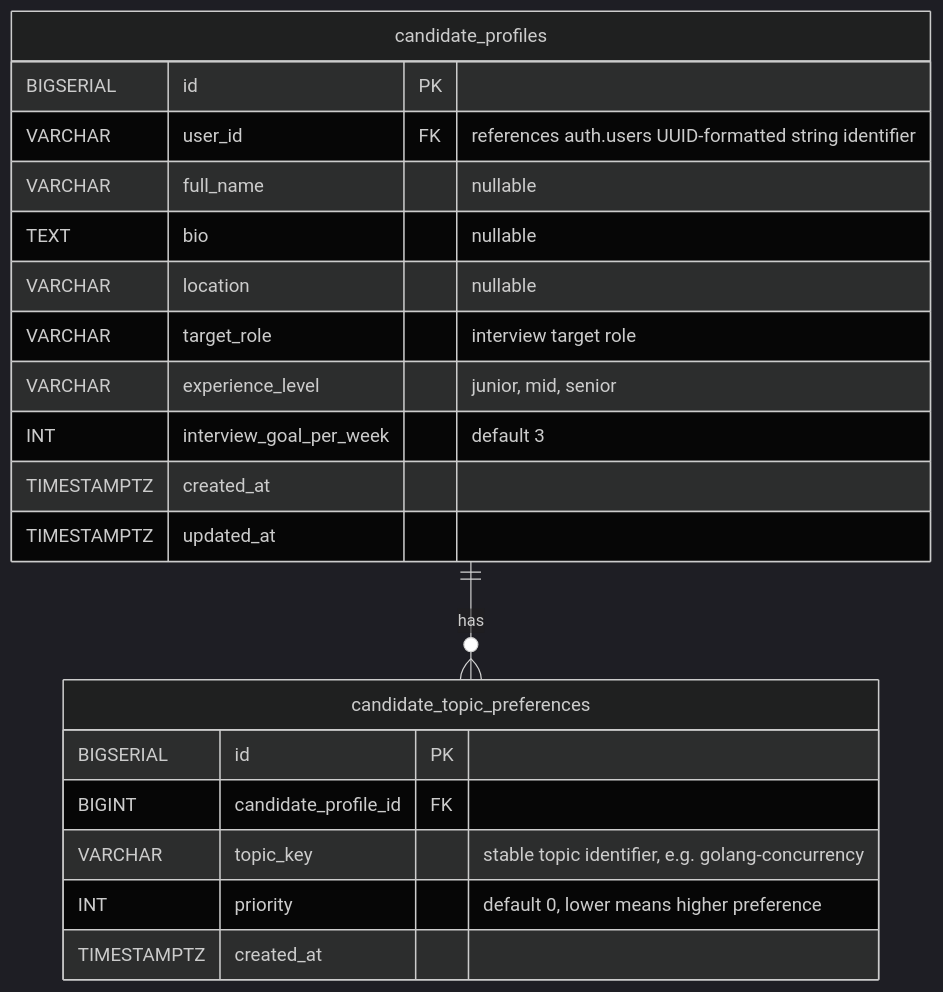
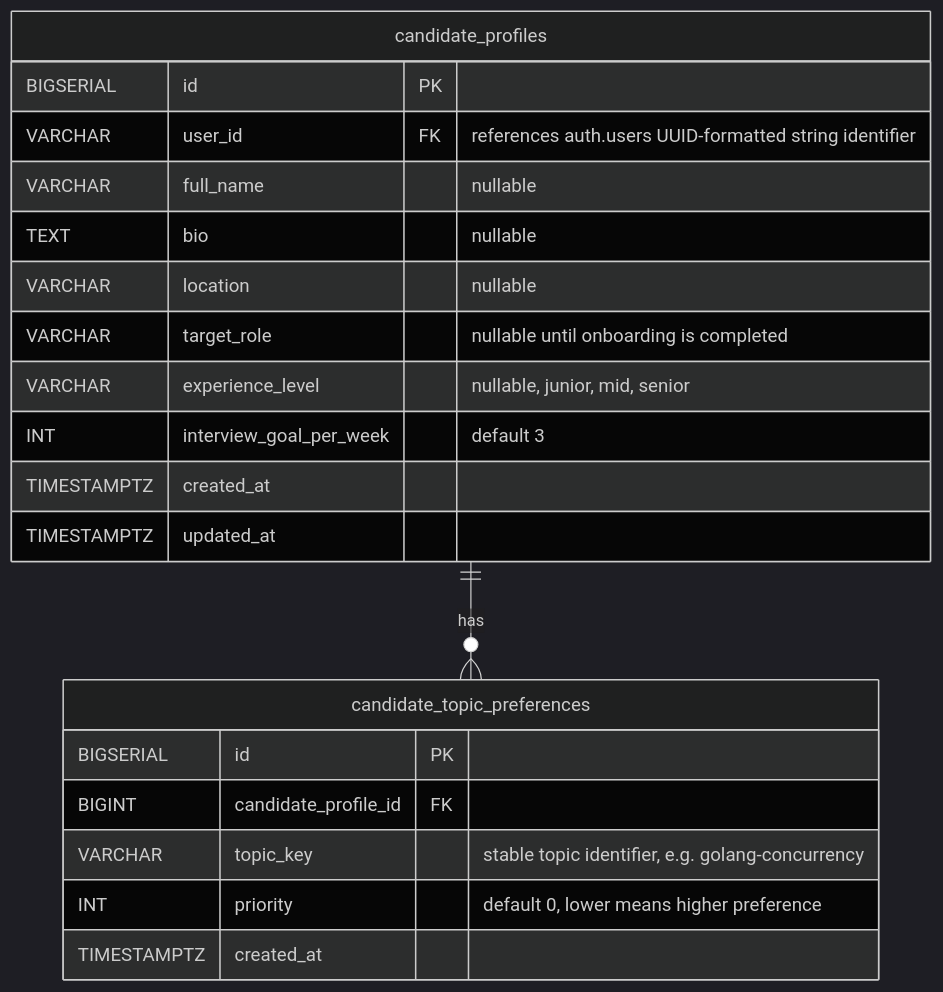
Before and after one commit to Jaxongir1006/ai-interview-prep-api: the diagram in docs/specs/modules/candidate/ERD.md, drawn with Mermaid (dark theme). The commit also changed other lines of this file and 50 other files, not shown here.

````diff
--- a/docs/specs/modules/candidate/ERD.md
+++ b/docs/specs/modules/candidate/ERD.md
@@ -3,25 +3,25 @@
 ```mermaid
 erDiagram
     candidate_profiles ||--o{ candidate_topic_preferences : "has"
 
     candidate_profiles {
         BIGSERIAL id PK
         VARCHAR user_id FK "references auth.users UUID-formatted string identifier"
         VARCHAR full_name "nullable"
         TEXT bio "nullable"
         VARCHAR location "nullable"
-        VARCHAR target_role "interview target role"
-        VARCHAR experience_level "junior, mid, senior"
+        VARCHAR target_role "nullable until onboarding is completed"
+        VARCHAR experience_level "nullable, junior, mid, senior"
         INT interview_goal_per_week "default 3"
         TIMESTAMPTZ created_at
         TIMESTAMPTZ updated_at
     }
 
     candidate_topic_preferences {
         BIGSERIAL id PK
         BIGINT candidate_profile_id FK
         VARCHAR topic_key "stable topic identifier, e.g. golang-concurrency"
         INT priority "default 0, lower means higher preference"
         TIMESTAMPTZ created_at
     }
 ```
````
